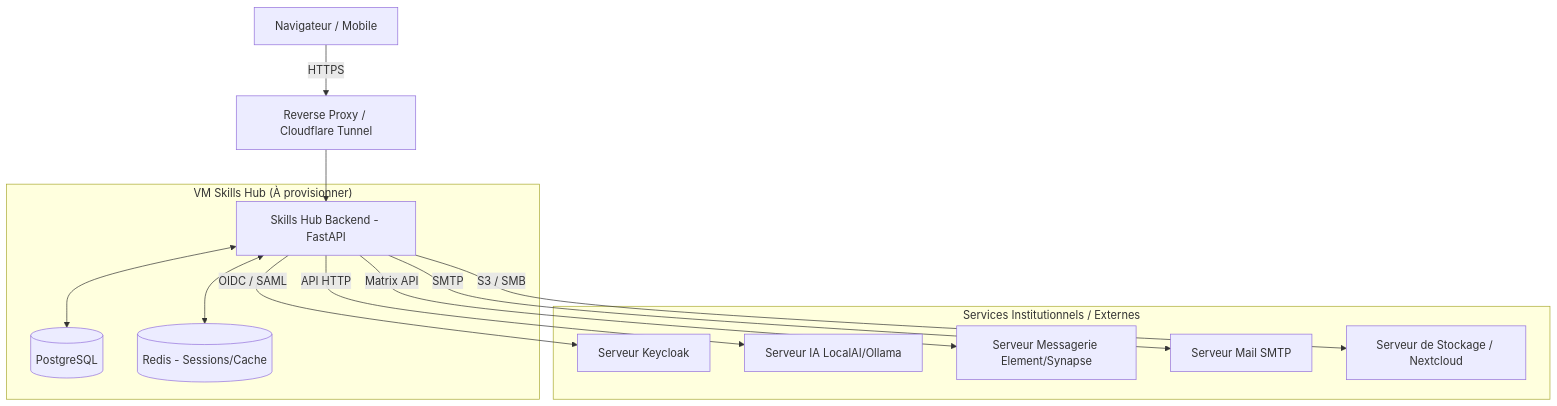
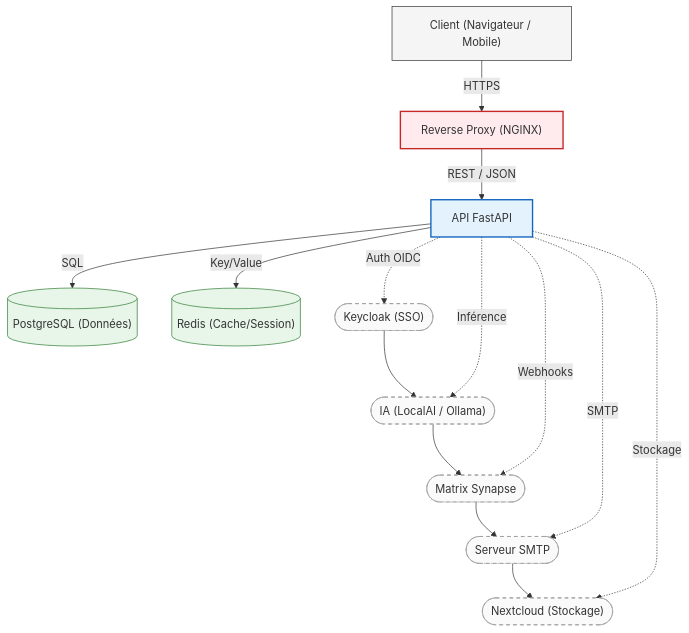
One commit to estebe2000/sibutv2 changed the diagram in remaster-avril/docs/DOCUMENTATION_TECHNIQUE.md. Above: the diagram before and after it, drawn with Mermaid.

Commit message:
Update architecture diagram and documentation

````diff
--- a/remaster-avril/docs/DOCUMENTATION_TECHNIQUE.md
+++ b/remaster-avril/docs/DOCUMENTATION_TECHNIQUE.md
@@ -13,22 +13,38 @@
 ```mermaid
 graph TD
-    Client[Navigateur / Mobile] -->|HTTPS| Proxy[Reverse Proxy / Cloudflare Tunnel]
-    Proxy --> API[Skills Hub Backend - FastAPI]
+    %% Définition des styles
+    classDef client fill:#f5f5f5,stroke:#333,stroke-width:1px;
+    classDef gateway fill:#ffebee,stroke:#c62828,stroke-width:2px;
+    classDef backend fill:#e3f2fd,stroke:#1565c0,stroke-width:2px;
+    classDef db fill:#e8f5e9,stroke:#2e7d32,stroke-width:1px;
+    classDef external fill:#fafafa,stroke:#9e9e9e,stroke-dasharray: 5 5;
 
-    subgraph "VM Skills Hub (À provisionner)"
-        API
-        DB[(PostgreSQL)]
-        Redis[(Redis - Sessions/Cache)]
-    end
+    %% Colonne principale
+    Client["Client (Navigateur / Mobile)"]:::client
+    Proxy["Reverse Proxy (NGINX)"]:::gateway
+    API["API FastAPI"]:::backend
+    DB[("PostgreSQL (Données)")]:::db
+    Redis[("Redis (Cache/Session)")]:::db
 
-    subgraph "Services Institutionnels / Externes"
-        API -->|OIDC / SAML| KC[Serveur Keycloak]
-        API -->|API HTTP| IA[Serveur IA LocalAI/Ollama]
-        API -->|Matrix API| Matrix[Serveur Messagerie Element/Synapse]
-        API -->|SMTP| Mail[Serveur Mail SMTP]
-        API -->|S3 / SMB| Stockage[Serveur de Stockage / Nextcloud]
-    end
+    Client -->|HTTPS| Proxy
+    Proxy -->|REST / JSON| API
+    API -->|SQL| DB
+    API -->|Key/Value| Redis
 
-    API <--> DB
-    API <--> Redis
+    %% Services externes alignés sous forme de colonne séparée
+    KC(["Keycloak (SSO)"]):::external
+    IA(["IA (LocalAI / Ollama)"]):::external
+    Matrix(["Matrix Synapse"]):::external
+    Mail(["Serveur SMTP"]):::external
+    Cloud(["Nextcloud (Stockage)"]):::external
+
+    %% Alignement vertical des externes
+    KC --> IA --> Matrix --> Mail --> Cloud
+
+    %% Connexions (sans casser la colonne principale)
+    API -.->|Auth OIDC| KC
+    API -.->|Inférence| IA
+    API -.->|Webhooks| Matrix
+    API -.->|SMTP| Mail
+    API -.->|Stockage| Cloud
 ```
````
